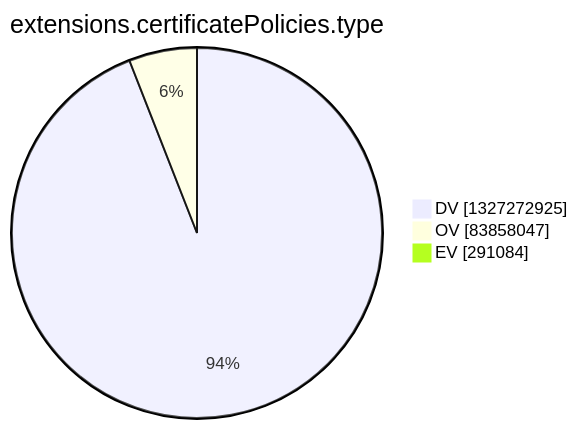
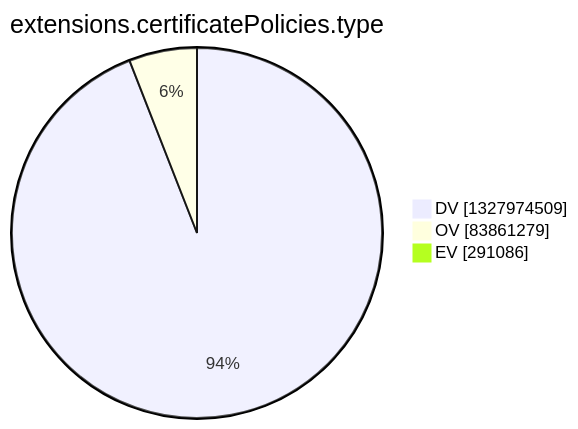
One commit to christiankrug/ctmonitor_visualization changed the tenth of 15 diagrams in argon2022/README.md. Above: the diagram before and after it, drawn with Mermaid. The commit also changed other lines of this file, not shown here.

````diff
--- a/argon2022/README.md
+++ b/argon2022/README.md
@@ -2772,7 +2772,7 @@
 ```mermaid
 pie showData
 title extensions.certificatePolicies.type
-"DV" :1327272925
-"OV" :83858047
-"EV" :291084
+"DV" :1327974509
+"OV" :83861279
+"EV" :291086
 ```
````
